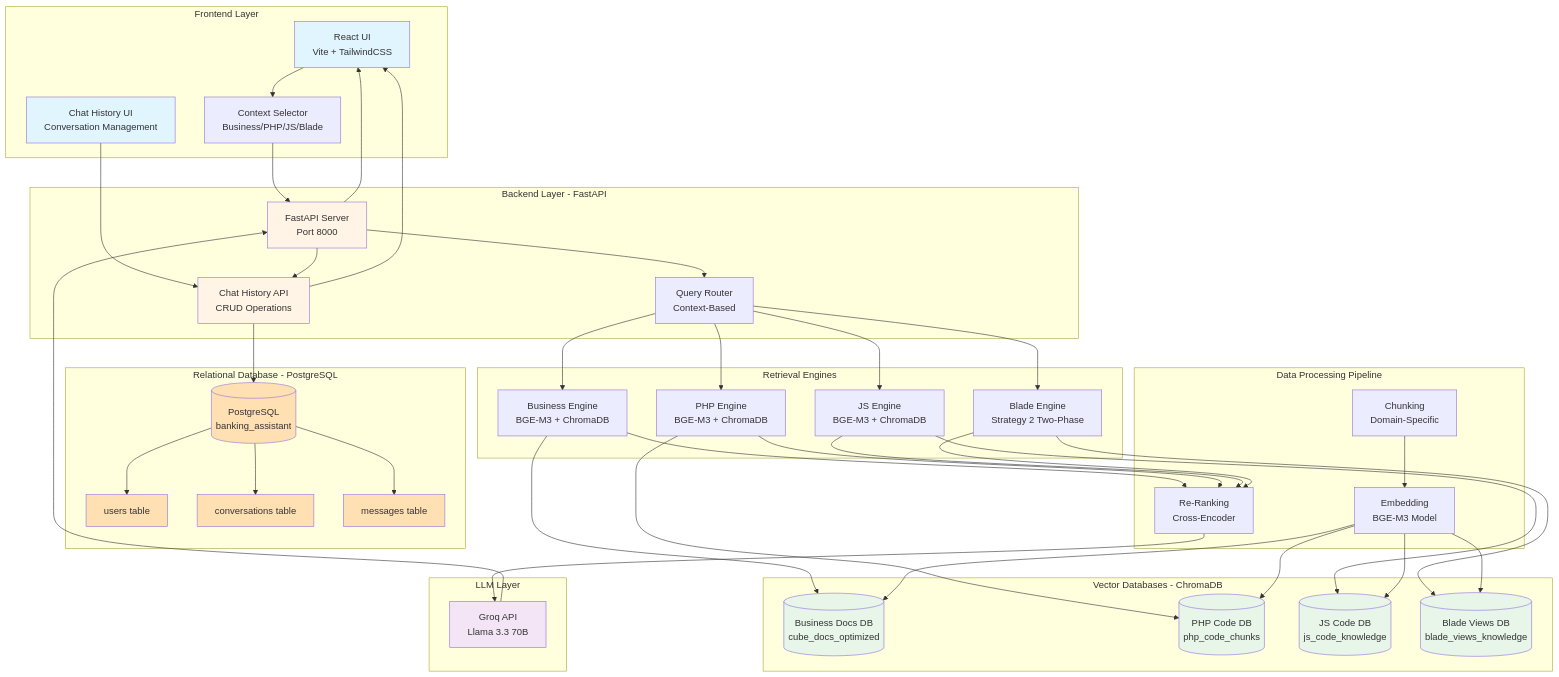
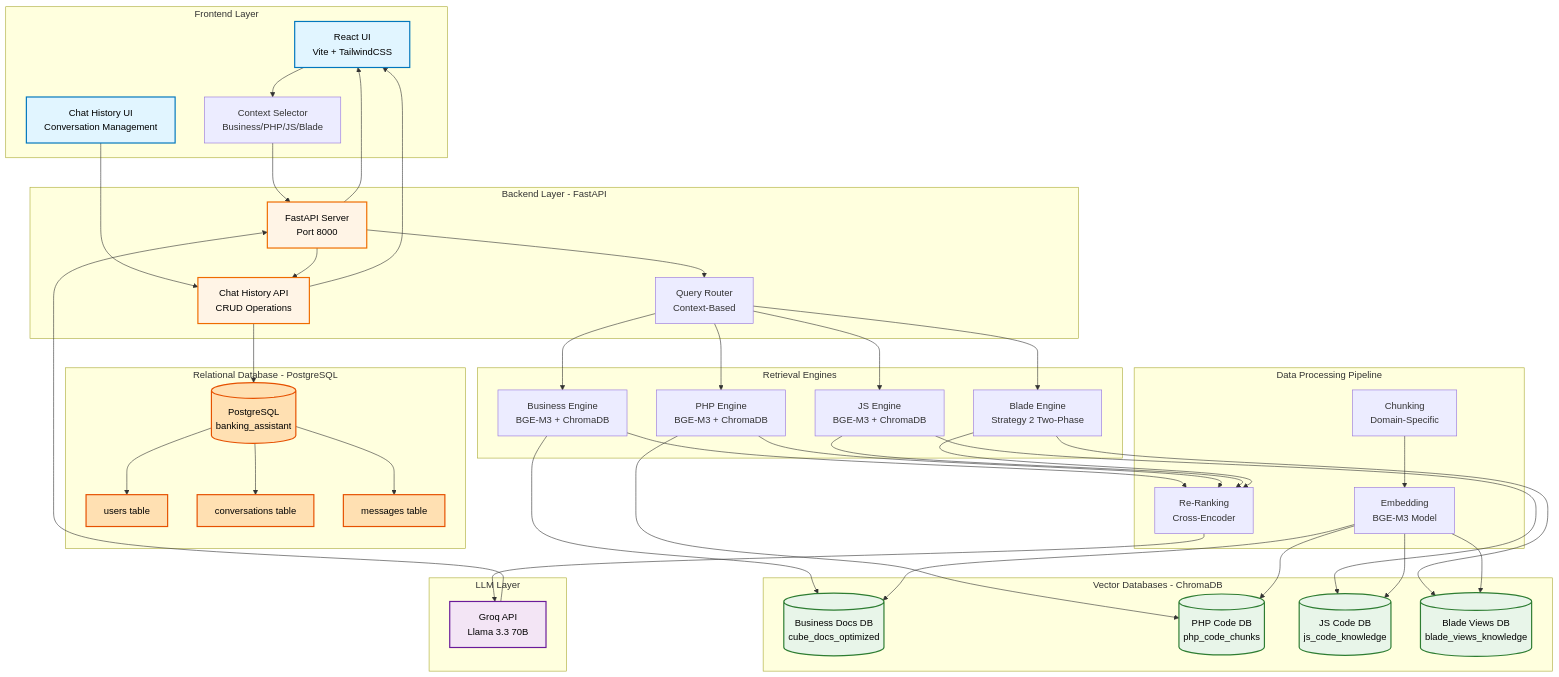
Before and after one commit to yash-ganatra/Banking-knowledgeAssistance: the first of 17 diagrams in README.md, drawn with Mermaid. The commit also changed other lines of this file, not shown here.

Commit message:
Documentation Updated

````diff
--- a/README.md
+++ b/README.md
@@ -170,17 +170,17 @@
     EMB --> VDB3
     EMB --> VDB4
     
-    style UI fill:#e1f5ff
-    style CHAT fill:#e1f5ff
-    style API fill:#fff4e6
-    style CHATAPI fill:#fff4e6
-    style LLM fill:#f3e5f5
-    style VDB1 fill:#e8f5e9
-    style VDB2 fill:#e8f5e9
-    style VDB3 fill:#e8f5e9
-    style VDB4 fill:#e8f5e9
-    style PGDB fill:#ffe0b2
-    style USERS fill:#ffe0b2
-    style CONVS fill:#ffe0b2
-    style MSGS fill:#ffe0b2
+    style UI fill:#e1f5ff,stroke:#0277bd,stroke-width:2px,color:#000
+    style CHAT fill:#e1f5ff,stroke:#0277bd,stroke-width:2px,color:#000
+    style API fill:#fff4e6,stroke:#ef6c00,stroke-width:2px,color:#000
+    style CHATAPI fill:#fff4e6,stroke:#ef6c00,stroke-width:2px,color:#000
+    style LLM fill:#f3e5f5,stroke:#6a1b9a,stroke-width:2px,color:#000
+    style VDB1 fill:#e8f5e9,stroke:#2e7d32,stroke-width:2px,color:#000
+    style VDB2 fill:#e8f5e9,stroke:#2e7d32,stroke-width:2px,color:#000
+    style VDB3 fill:#e8f5e9,stroke:#2e7d32,stroke-width:2px,color:#000
+    style VDB4 fill:#e8f5e9,stroke:#2e7d32,stroke-width:2px,color:#000
+    style PGDB fill:#ffe0b2,stroke:#e65100,stroke-width:2px,color:#000
+    style USERS fill:#ffe0b2,stroke:#e65100,stroke-width:2px,color:#000
+    style CONVS fill:#ffe0b2,stroke:#e65100,stroke-width:2px,color:#000
+    style MSGS fill:#ffe0b2,stroke:#e65100,stroke-width:2px,color:#000
 ```
````
